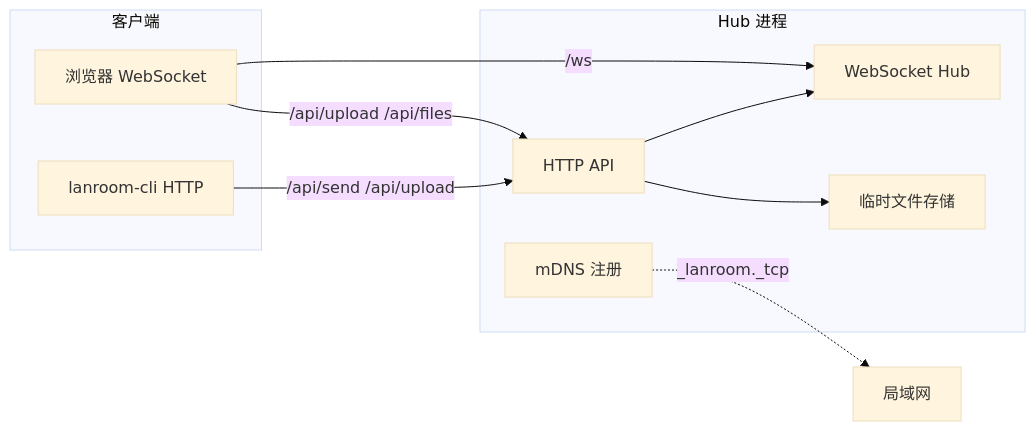
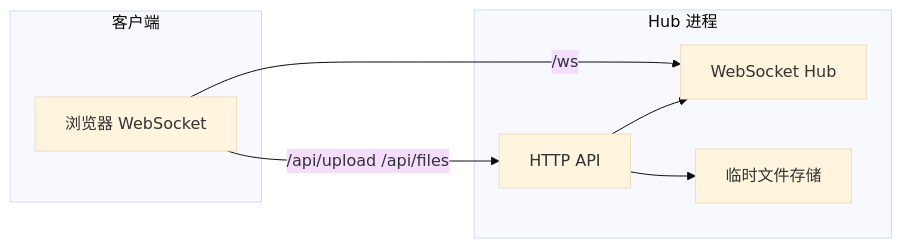
One commit to DayDaySpeed/Three-end-transmission changed the diagram in README.md. Above: the diagram before and after it, drawn with Mermaid (base theme). The commit also changed other lines of this file and 26 other files, not shown here.

````diff
--- a/README.md
+++ b/README.md
@@ -47,21 +44,17 @@
 ```mermaid
 flowchart LR
   subgraph clients [客户端]
     Browser[浏览器 WebSocket]
-    CLI[lanroom-cli HTTP]
   end
 
   subgraph hub [Hub 进程]
     HTTP[HTTP API]
     WS[WebSocket Hub]
-    MDNS[mDNS 注册]
     Files[临时文件存储]
   end
 
   Browser -->|/ws| WS
   Browser -->|/api/upload /api/files| HTTP
-  CLI -->|/api/send /api/upload| HTTP
   HTTP --> WS
   HTTP --> Files
-  MDNS -.->|_lanroom._tcp| LAN[局域网]
 ```
````
